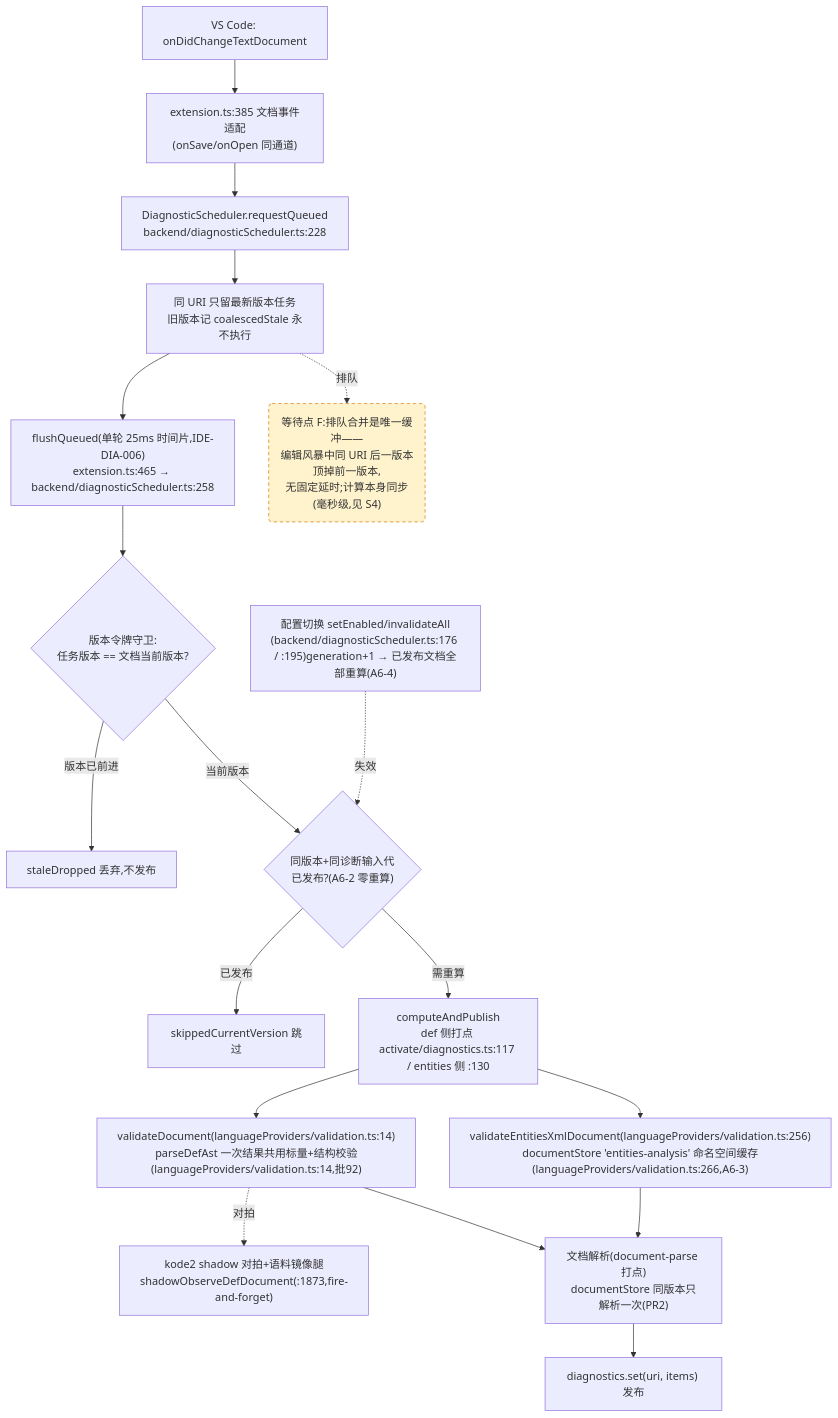
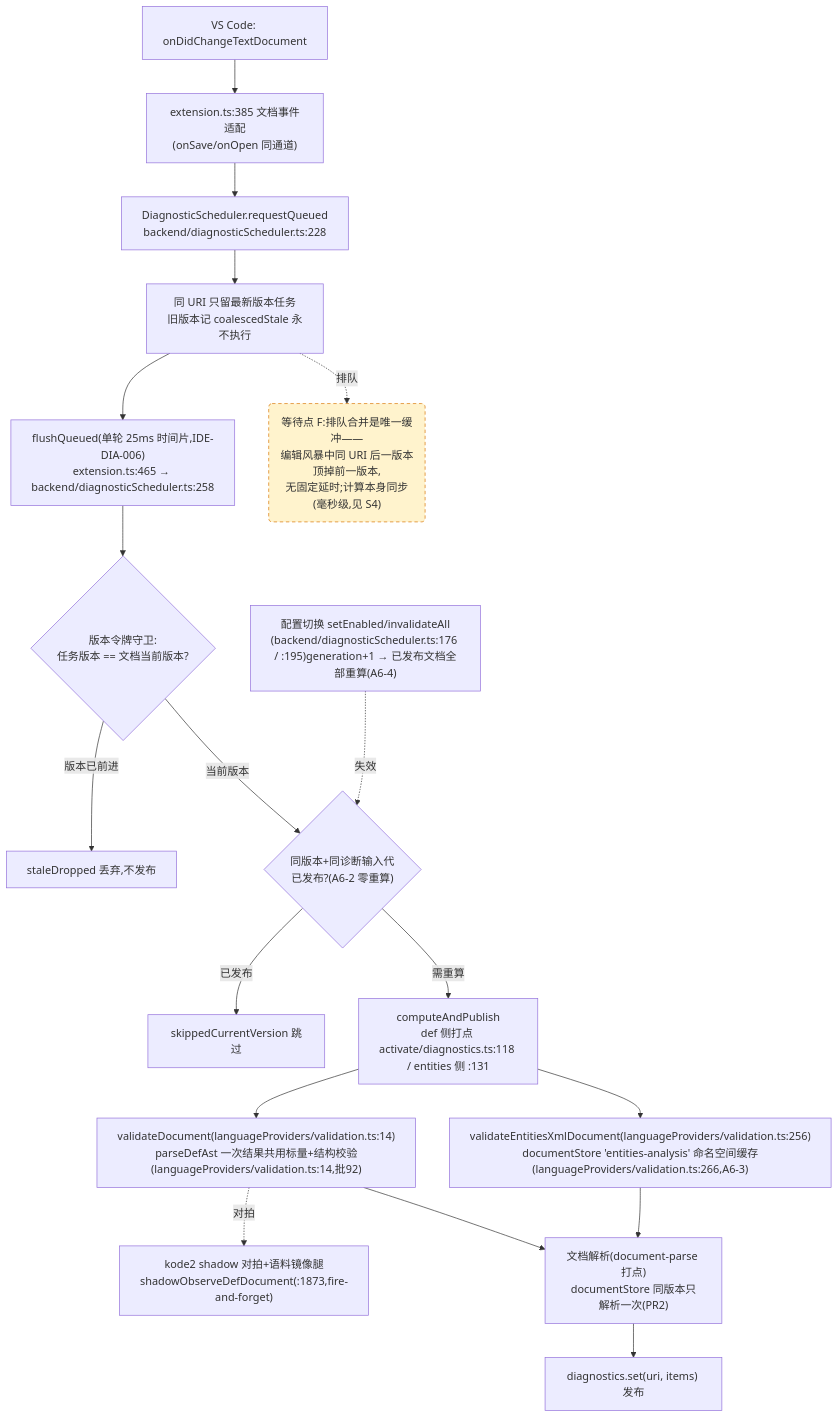
The fourth of 4 diagrams in docs/perf/2026-baseline.md (cuihairu/kode), drawn with Mermaid before and after one commit. The commit also changed 13 other files, not shown here.

````diff
--- a/docs/perf/2026-baseline.md
+++ b/docs/perf/2026-baseline.md
@@ -214,38 +214,38 @@
 ```mermaid
 flowchart TD
   CHG["VS Code: onDidChangeTextDocument"]
   WATCH["extension.ts:385 文档事件适配<br/>(onSave/onOpen 同通道)"]
   RQ["DiagnosticScheduler.requestQueued<br/>backend/diagnosticScheduler.ts:228"]
   CO["同 URI 只留最新版本任务<br/>旧版本记 coalescedStale 永不执行"]
   FL["flushQueued(单轮 25ms 时间片,IDE-DIA-006)<br/>extension.ts:465 → backend/diagnosticScheduler.ts:258"]
   VG{"版本令牌守卫:<br/>任务版本 == 文档当前版本?"}
   DROP["staleDropped 丢弃,不发布"]
   GEN{"同版本+同诊断输入代<br/>已发布?(A6-2 零重算)"}
   SKIP["skippedCurrentVersion 跳过"]
-  CALC["computeAndPublish<br/>def 侧打点 activate/diagnostics.ts:117 / entities 侧 :130"]
+  CALC["computeAndPublish<br/>def 侧打点 activate/diagnostics.ts:118 / entities 侧 :131"]
   VD["validateDocument(languageProviders/validation.ts:14)<br/>parseDefAst 一次结果共用标量+结构校验(languageProviders/validation.ts:14,批92)"]
   VEX["validateEntitiesXmlDocument(languageProviders/validation.ts:256)<br/>documentStore 'entities-analysis' 命名空间缓存(languageProviders/validation.ts:266,A6-3)"]
   SHDD["kode2 shadow 对拍+语料镜像腿<br/>shadowObserveDefDocument(:1873,fire-and-forget)"]
   DS["文档解析(document-parse 打点)<br/>documentStore 同版本只解析一次(PR2)"]
   PUB["diagnostics.set(uri, items) 发布"]
   CFG2["配置切换 setEnabled/invalidateAll<br/>(backend/diagnosticScheduler.ts:176 / :195)generation+1 → 已发布文档全部重算(A6-4)"]
 
   CHG --> WATCH --> RQ --> CO --> FL --> VG
   VG -- "版本已前进" --> DROP
   VG -- "当前版本" --> GEN
   GEN -- "已发布" --> SKIP
   GEN -- "需重算" --> CALC
   CALC --> VD
   CALC --> VEX
   VD --> DS
   VEX --> DS
   DS --> PUB
   VD -.->|对拍| SHDD
   CFG2 -.->|失效| GEN
 
   WAITF("等待点 F:排队合并是唯一缓冲——<br/>编辑风暴中同 URI 后一版本顶掉前一版本,<br/>无固定延时;计算本身同步(毫秒级,见 S4)")
   CO -.->|排队| WAITF
 
   classDef waitPoint fill:#fff3cd,stroke:#d97706,stroke-dasharray:5 4;
   class WAITF waitPoint;
 ```
````
